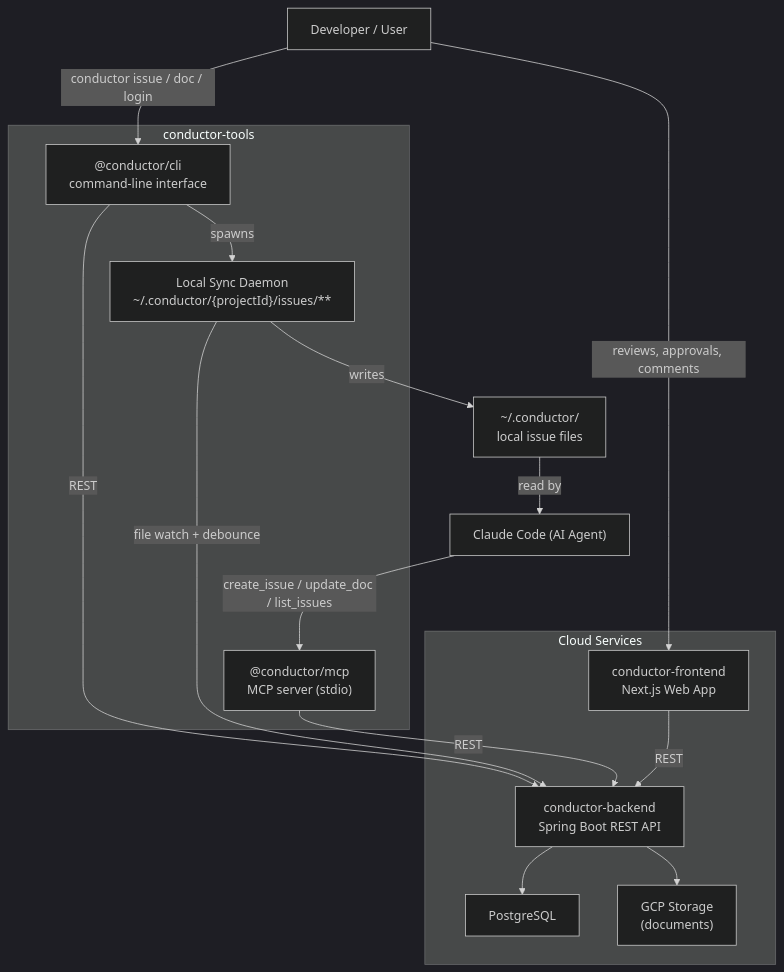
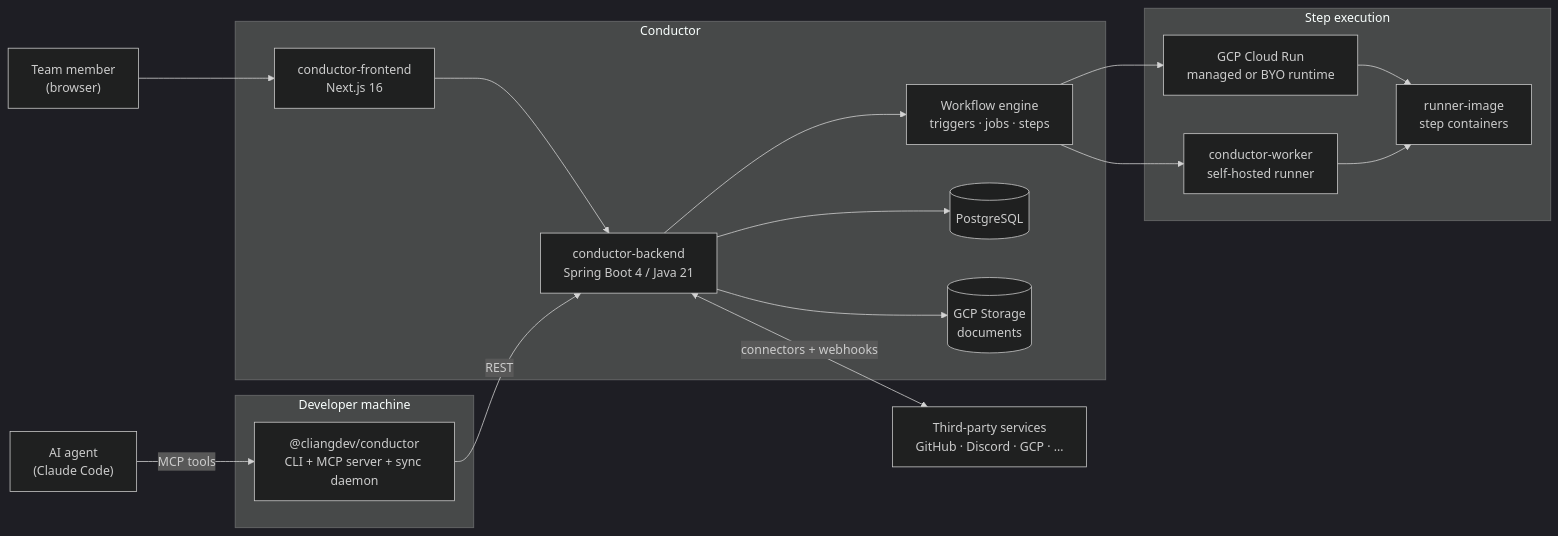
The diagram in README.md (cliangdev/conductor), drawn with Mermaid (dark theme) before and after one commit. The commit also changed other lines of this file and 7 other files, not shown here.

````diff
--- a/README.md
+++ b/README.md
@@ -13,33 +23,34 @@
 ```mermaid
-flowchart TD
-    User["Developer / User"]
-    Agent["Claude Code (AI Agent)"]
+flowchart LR
+    Human["Team member<br/>(browser)"]
+    Agent["AI agent<br/>(Claude Code)"]
 
-    subgraph Tools["conductor-tools"]
-        CLI["@conductor/cli\ncommand-line interface"]
-        MCP["@conductor/mcp\nMCP server (stdio)"]
-        Sync["Local Sync Daemon\n~/.conductor/{projectId}/issues/**"]
+    subgraph Local["Developer machine"]
+        Tools["@cliangdev/conductor<br/>CLI + MCP server + sync daemon"]
     end
 
-    subgraph Cloud["Cloud Services"]
-        API["conductor-backend\nSpring Boot REST API"]
-        UI["conductor-frontend\nNext.js Web App"]
-        DB["PostgreSQL"]
-        GCP["GCP Storage\n(documents)"]
+    subgraph Cloud["Conductor"]
+        UI["conductor-frontend<br/>Next.js 16"]
+        API["conductor-backend<br/>Spring Boot 4 / Java 21"]
+        Engine["Workflow engine<br/>triggers · jobs · steps"]
+        DB[("PostgreSQL")]
+        GCS[("GCP Storage<br/>documents")]
     end
 
-    User -- "conductor issue / doc / login" --> CLI
-    User -- "reviews, approvals, comments" --> UI
-    Agent -- "create_issue / update_doc / list_issues" --> MCP
+    subgraph Exec["Step execution"]
+        CloudRun["GCP Cloud Run<br/>managed or BYO runtime"]
+        Worker["conductor-worker<br/>self-hosted runner"]
+        Runner["runner-image<br/>step containers"]
+    end
 
-    CLI -- "REST" --> API
-    MCP -- "REST" --> API
-    CLI -- "spawns" --> Sync
-    Sync -- "file watch + debounce" --> API
-    Sync -- "writes" --> LocalFiles["~/.conductor/\nlocal issue files"]
-    LocalFiles -- "read by" --> Agent
+    Ext["Third-party services<br/>GitHub · Discord · GCP · …"]
 
+    Human --> UI --> API
+    Agent -- "MCP tools" --> Tools -- "REST" --> API
     API --> DB
-    API --> GCP
-    UI -- "REST" --> API
+    API --> GCS
+    API --> Engine
+    Engine --> CloudRun --> Runner
+    Engine --> Worker --> Runner
+    API <-- "connectors + webhooks" --> Ext
 ```
````
